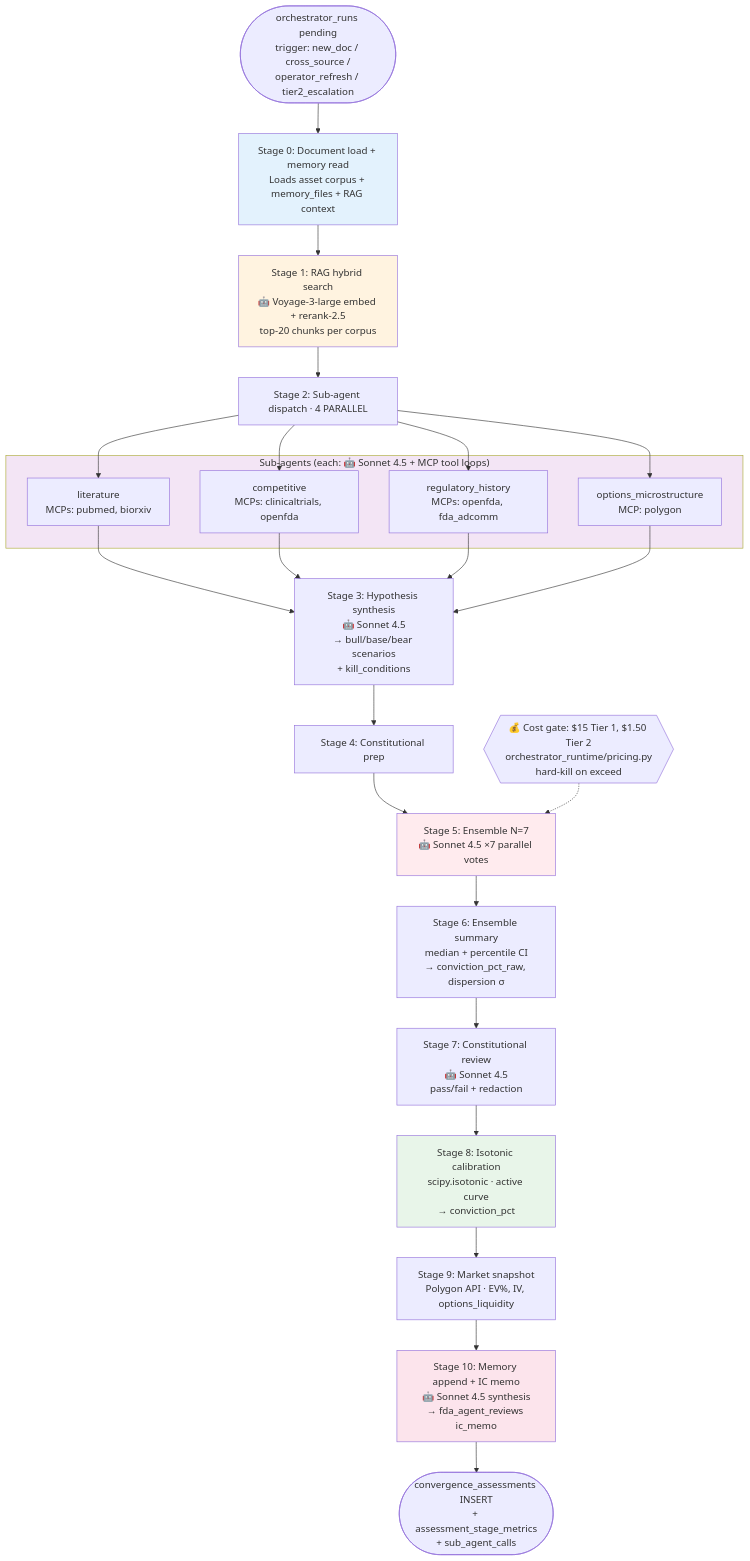
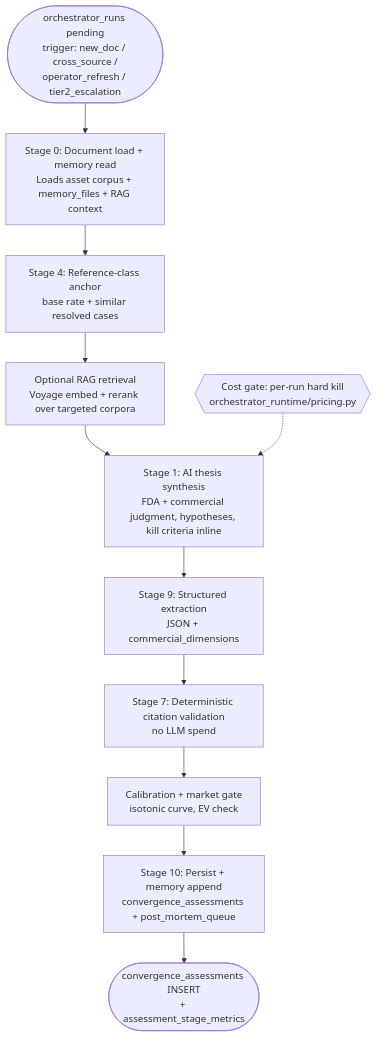
The third of 6 diagrams in data_flow_diagram.md (marazuela/conan), drawn with Mermaid before and after one commit. The commit also changed other lines of this file and 30 other files, not shown here.

````diff
--- a/data_flow_diagram.md
+++ b/data_flow_diagram.md
@@ -118,43 +118,20 @@
 ```mermaid
 flowchart TB
     START([orchestrator_runs pending<br/>trigger: new_doc / cross_source /<br/>operator_refresh / tier2_escalation])
 
     S0[Stage 0: Document load + memory read<br/>Loads asset corpus + memory_files + RAG context]
-    S1[Stage 1: RAG hybrid search<br/>🤖 Voyage-3-large embed + rerank-2.5<br/>top-20 chunks per corpus]
-    S2[Stage 2: Sub-agent dispatch · 4 PARALLEL]
+    S4[Stage 4: Reference-class anchor<br/>base rate + similar resolved cases]
+    RAG[Optional RAG retrieval<br/>Voyage embed + rerank over targeted corpora]
+    S1[Stage 1: AI thesis synthesis<br/>FDA + commercial judgment, hypotheses, kill criteria inline]
+    S9[Stage 9: Structured extraction<br/>JSON + commercial_dimensions]
+    S7[Stage 7: Deterministic citation validation<br/>no LLM spend]
+    CAL[Calibration + market gate<br/>isotonic curve, EV check]
+    S10[Stage 10: Persist + memory append<br/>convergence_assessments + post_mortem_queue]
 
-    subgraph SA["Sub-agents (each: 🤖 Sonnet 4.5 + MCP tool loops)"]
-        SA1[literature<br/>MCPs: pubmed, biorxiv]
-        SA2[competitive<br/>MCPs: clinicaltrials, openfda]
-        SA3[regulatory_history<br/>MCPs: openfda, fda_adcomm]
-        SA4[options_microstructure<br/>MCP: polygon]
-    end
+    DONE([convergence_assessments INSERT<br/>+ assessment_stage_metrics])
 
-    S3[Stage 3: Hypothesis synthesis<br/>🤖 Sonnet 4.5<br/>→ bull/base/bear scenarios<br/>+ kill_conditions]
-    S4[Stage 4: Constitutional prep]
-    S5[Stage 5: Ensemble N=7<br/>🤖 Sonnet 4.5 ×7 parallel votes]
-    S6[Stage 6: Ensemble summary<br/>median + percentile CI<br/>→ conviction_pct_raw, dispersion σ]
-    S7[Stage 7: Constitutional review<br/>🤖 Sonnet 4.5<br/>pass/fail + redaction]
-    S8[Stage 8: Isotonic calibration<br/>scipy.isotonic · active curve<br/>→ conviction_pct]
-    S9[Stage 9: Market snapshot<br/>Polygon API · EV%, IV, options_liquidity]
-    S10[Stage 10: Memory append + IC memo<br/>🤖 Sonnet 4.5 synthesis<br/>→ fda_agent_reviews ic_memo]
+    START --> S0 --> S4 --> RAG --> S1 --> S9 --> S7 --> CAL --> S10 --> DONE
 
-    DONE([convergence_assessments INSERT<br/>+ assessment_stage_metrics<br/>+ sub_agent_calls])
-
-    START --> S0 --> S1 --> S2
-    S2 --> SA1 --> S3
-    S2 --> SA2 --> S3
-    S2 --> SA3 --> S3
-    S2 --> SA4 --> S3
-    S3 --> S4 --> S5 --> S6 --> S7 --> S8 --> S9 --> S10 --> DONE
-
-    BUDGET{{"💰 Cost gate: $15 Tier 1, $1.50 Tier 2<br/>orchestrator_runtime/pricing.py<br/>hard-kill on exceed"}}
-    BUDGET -.-> S5
-
-    style S0 fill:#e3f2fd
-    style S1 fill:#fff3e0
-    style SA fill:#f3e5f5
-    style S5 fill:#ffebee
-    style S8 fill:#e8f5e9
-    style S10 fill:#fce4ec
+    BUDGET{{"Cost gate: per-run hard kill<br/>orchestrator_runtime/pricing.py"}}
+    BUDGET -.-> S1
 ```
````
